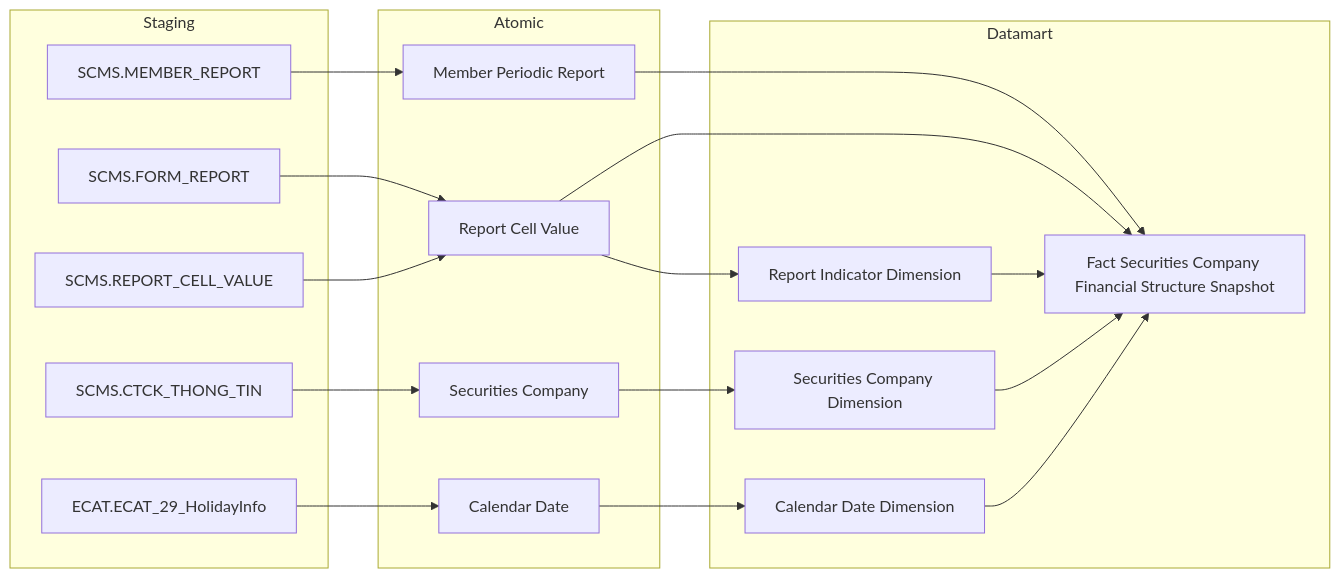
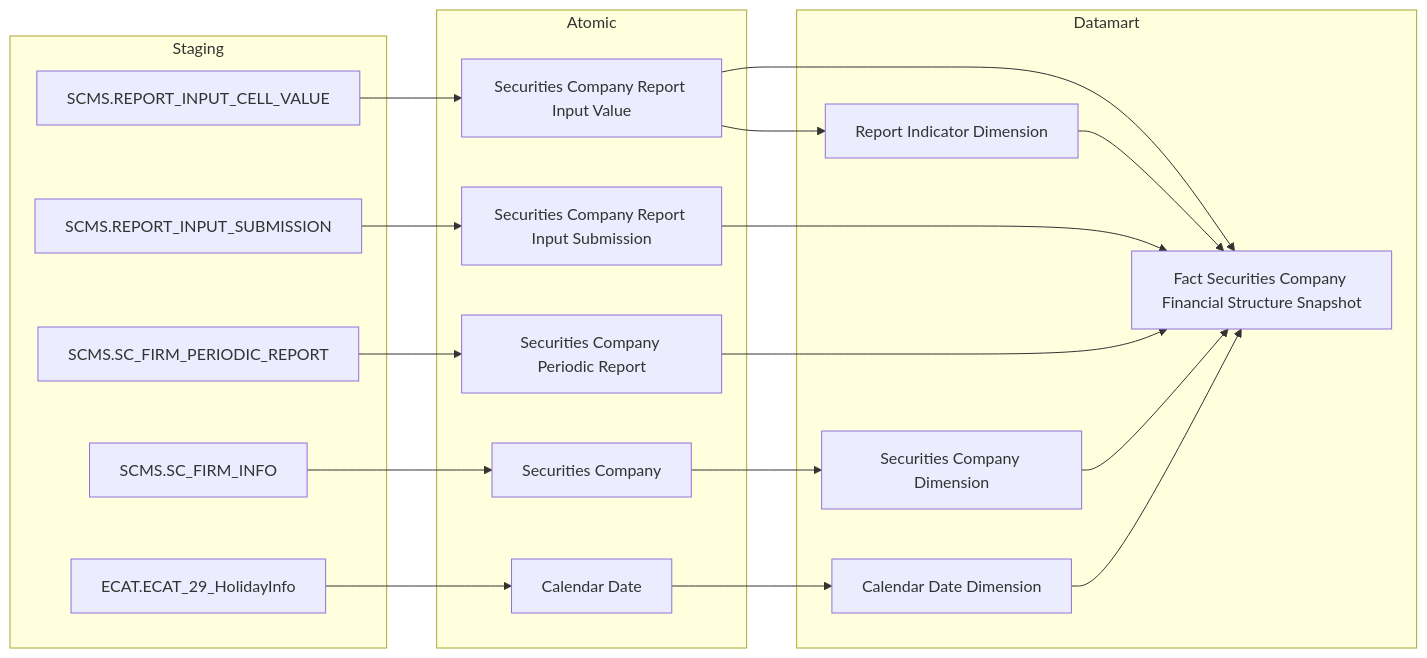
One commit to linhlvit/ubck_atomic_design changed the fourth of 38 diagrams in Datamart/hld/DTM_QLKD_HLD.md. Above: the diagram before and after it, drawn with Mermaid. The commit also changed other lines of this file and 13 other files, not shown here.

````diff
--- a/Datamart/hld/DTM_QLKD_HLD.md
+++ b/Datamart/hld/DTM_QLKD_HLD.md
@@ -150,40 +150,42 @@
 ```mermaid
 flowchart LR
     subgraph SRC["Staging"]
-        S1["SCMS.MEMBER_REPORT"]
-        S1b["SCMS.FORM_REPORT"]
-        S1c["SCMS.REPORT_CELL_VALUE"]
-        S3["SCMS.CTCK_THONG_TIN"]
+        S1["SCMS.REPORT_INPUT_CELL_VALUE"]
+        S2["SCMS.REPORT_INPUT_SUBMISSION"]
+        S3["SCMS.SC_FIRM_PERIODIC_REPORT"]
+        S4["SCMS.SC_FIRM_INFO"]
         ECAT_ECAT_29_HolidayInfo["ECAT.ECAT_29_HolidayInfo"]
     end
 
     subgraph SIL["Atomic"]
-        SV1["Report Cell Value"]
-        SV2["Member Periodic Report"]
-        SV3["Securities Company"]
+        SV1["Securities Company Report Input Value"]
+        SV2["Securities Company Report Input Submission"]
+        SV3["Securities Company Periodic Report"]
+        SV4["Securities Company"]
         Calendar_Date["Calendar Date"]
     end
 
-    subgraph Datamart["Datamart"]
+    subgraph GOLD["Datamart"]
         G1["Fact Securities Company Financial Structure Snapshot"]
         G2["Securities Company Dimension"]
         G3["Report Indicator Dimension"]
         G4["Calendar Date Dimension"]
     end
 
-    S1 --> SV2
-    S1b --> SV1
-    S1c --> SV1
+    S1 --> SV1
+    S2 --> SV2
     S3 --> SV3
+    S4 --> SV4
     ECAT_ECAT_29_HolidayInfo --> Calendar_Date
 
     SV1 --> G1
     SV1 --> G3
     SV2 --> G1
-    SV3 --> G2
+    SV3 --> G1
+    SV4 --> G2
     Calendar_Date --> G4
 
     G2 --> G1
     G3 --> G1
     G4 --> G1
 ```
````
